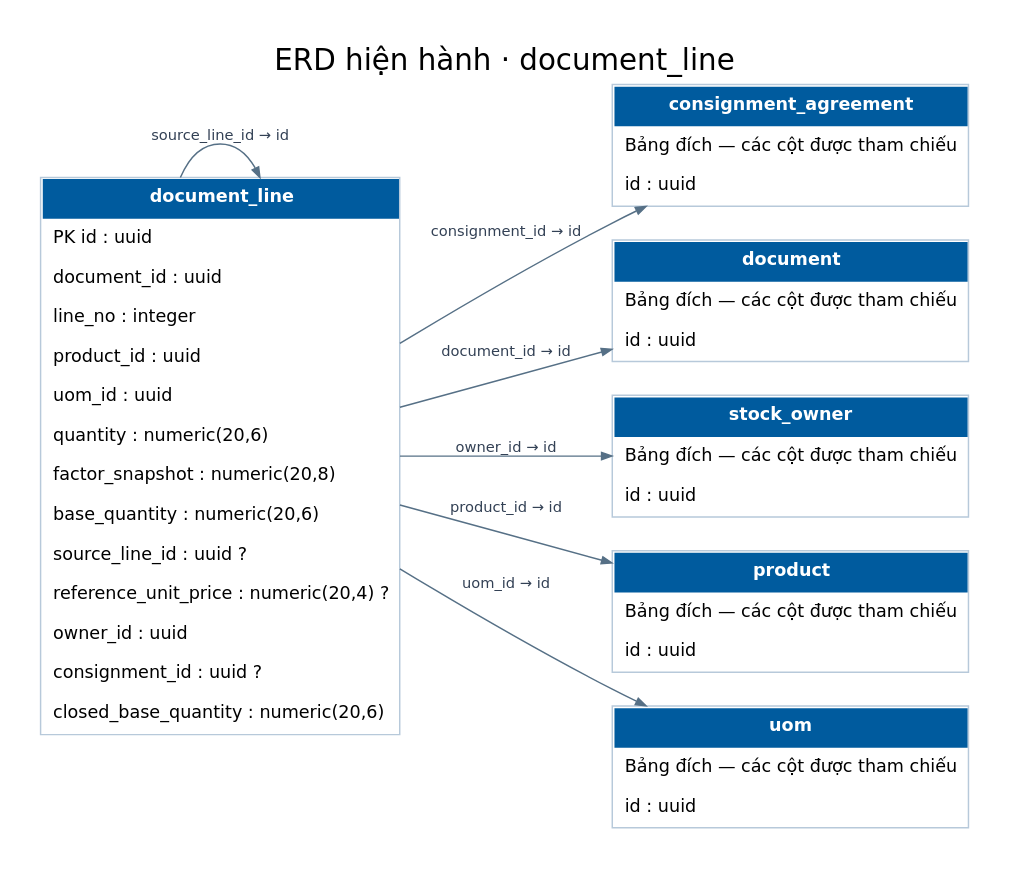
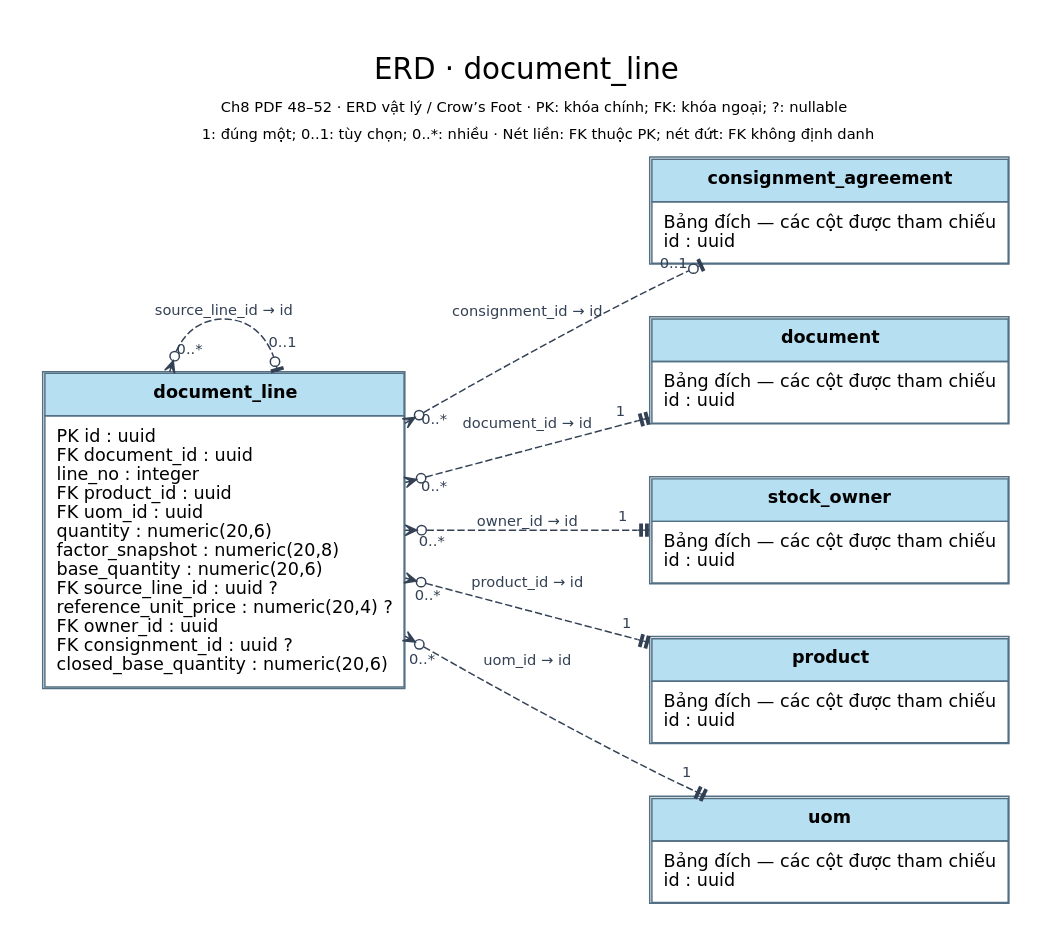
The diagram in 03_So_do/Hien_hanh/dot/ERD_document_line.dot (TEAM-DEV-FIVE/WMS_BA_2_0), drawn with Graphviz before and after one commit. The commit also changed 295 other files, not shown here.

Commit message:
docs: align current diagrams with BA notation and streamline READMEs

```diff
--- a/03_So_do/Hien_hanh/dot/ERD_document_line.dot
+++ b/03_So_do/Hien_hanh/dot/ERD_document_line.dot
@@ -1,18 +1,18 @@
 digraph WMS {
-graph [rankdir=LR, bgcolor="white", nodesep=.32, ranksep=.6, pad=.28];
+graph [rankdir=LR, bgcolor="white", nodesep=.5, ranksep=.9, pad=.3];
 node [shape=plain, fontname="DejaVu Sans", fontsize=12];
-edge [fontname="DejaVu Sans", fontsize=10, color="#567086", fontcolor="#334155", arrowsize=.7];
-label="ERD hiện hành · document_line"; labelloc=t; fontname="DejaVu Sans"; fontsize=20;
-"document_line" [label=<<TABLE BORDER="1" CELLBORDER="0" CELLSPACING="0" CELLPADDING="7" COLOR="#b7c9da"><TR><TD BGCOLOR="#005b9e"><FONT COLOR="white"><B>document_line</B></FONT></TD></TR><TR><TD ALIGN="LEFT">PK id : uuid</TD></TR><TR><TD ALIGN="LEFT">document_id : uuid</TD></TR><TR><TD ALIGN="LEFT">line_no : integer</TD></TR><TR><TD ALIGN="LEFT">product_id : uuid</TD></TR><TR><TD ALIGN="LEFT">uom_id : uuid</TD></TR><TR><TD ALIGN="LEFT">quantity : numeric(20,6)</TD></TR><TR><TD ALIGN="LEFT">factor_snapshot : numeric(20,8)</TD></TR><TR><TD ALIGN="LEFT">base_quantity : numeric(20,6)</TD></TR><TR><TD ALIGN="LEFT">source_line_id : uuid ?</TD></TR><TR><TD ALIGN="LEFT">reference_unit_price : numeric(20,4) ?</TD></TR><TR><TD ALIGN="LEFT">owner_id : uuid</TD></TR><TR><TD ALIGN="LEFT">consignment_id : uuid ?</TD></TR><TR><TD ALIGN="LEFT">closed_base_quantity : numeric(20,6)</TD></TR></TABLE>>];
-"consignment_agreement" [label=<<TABLE BORDER="1" CELLBORDER="0" CELLSPACING="0" CELLPADDING="7" COLOR="#b7c9da"><TR><TD BGCOLOR="#005b9e"><FONT COLOR="white"><B>consignment_agreement</B></FONT></TD></TR><TR><TD ALIGN="LEFT">Bảng đích — các cột được tham chiếu</TD></TR><TR><TD ALIGN="LEFT">id : uuid</TD></TR></TABLE>>];
-"document" [label=<<TABLE BORDER="1" CELLBORDER="0" CELLSPACING="0" CELLPADDING="7" COLOR="#b7c9da"><TR><TD BGCOLOR="#005b9e"><FONT COLOR="white"><B>document</B></FONT></TD></TR><TR><TD ALIGN="LEFT">Bảng đích — các cột được tham chiếu</TD></TR><TR><TD ALIGN="LEFT">id : uuid</TD></TR></TABLE>>];
-"stock_owner" [label=<<TABLE BORDER="1" CELLBORDER="0" CELLSPACING="0" CELLPADDING="7" COLOR="#b7c9da"><TR><TD BGCOLOR="#005b9e"><FONT COLOR="white"><B>stock_owner</B></FONT></TD></TR><TR><TD ALIGN="LEFT">Bảng đích — các cột được tham chiếu</TD></TR><TR><TD ALIGN="LEFT">id : uuid</TD></TR></TABLE>>];
-"product" [label=<<TABLE BORDER="1" CELLBORDER="0" CELLSPACING="0" CELLPADDING="7" COLOR="#b7c9da"><TR><TD BGCOLOR="#005b9e"><FONT COLOR="white"><B>product</B></FONT></TD></TR><TR><TD ALIGN="LEFT">Bảng đích — các cột được tham chiếu</TD></TR><TR><TD ALIGN="LEFT">id : uuid</TD></TR></TABLE>>];
-"uom" [label=<<TABLE BORDER="1" CELLBORDER="0" CELLSPACING="0" CELLPADDING="7" COLOR="#b7c9da"><TR><TD BGCOLOR="#005b9e"><FONT COLOR="white"><B>uom</B></FONT></TD></TR><TR><TD ALIGN="LEFT">Bảng đích — các cột được tham chiếu</TD></TR><TR><TD ALIGN="LEFT">id : uuid</TD></TR></TABLE>>];
-"document_line" -> "consignment_agreement" [label="consignment_id → id"];
-"document_line" -> "document" [label="document_id → id"];
-"document_line" -> "stock_owner" [label="owner_id → id"];
-"document_line" -> "product" [label="product_id → id"];
-"document_line" -> "document_line" [label="source_line_id → id"];
-"document_line" -> "uom" [label="uom_id → id"];
+edge [fontname="DejaVu Sans", fontsize=10, color="#334155", fontcolor="#334155", arrowsize=.8];
+label=<<TABLE BORDER="0" CELLBORDER="0" CELLPADDING="3"><TR><TD><FONT POINT-SIZE="20">ERD · document_line</FONT></TD></TR><TR><TD><FONT POINT-SIZE="10">Ch8 PDF 48–52 · ERD vật lý / Crow’s Foot · PK: khóa chính; FK: khóa ngoại; ?: nullable</FONT></TD></TR><TR><TD><FONT POINT-SIZE="10">1: đúng một; 0..1: tùy chọn; 0..*: nhiều · Nét liền: FK thuộc PK; nét đứt: FK không định danh</FONT></TD></TR></TABLE>>; labelloc=t; fontname="DejaVu Sans"; fontsize=16;
+"document_line" [label=<<TABLE BORDER="1" CELLBORDER="1" CELLSPACING="0" CELLPADDING="7" COLOR="#526f83"><TR><TD BGCOLOR="#b7dff2"><B>document_line</B></TD></TR><TR><TD ALIGN="LEFT" BALIGN="LEFT">PK id : uuid<BR ALIGN="LEFT"/>FK document_id : uuid<BR ALIGN="LEFT"/>line_no : integer<BR ALIGN="LEFT"/>FK product_id : uuid<BR ALIGN="LEFT"/>FK uom_id : uuid<BR ALIGN="LEFT"/>quantity : numeric(20,6)<BR ALIGN="LEFT"/>factor_snapshot : numeric(20,8)<BR ALIGN="LEFT"/>base_quantity : numeric(20,6)<BR ALIGN="LEFT"/>FK source_line_id : uuid ?<BR ALIGN="LEFT"/>reference_unit_price : numeric(20,4) ?<BR ALIGN="LEFT"/>FK owner_id : uuid<BR ALIGN="LEFT"/>FK consignment_id : uuid ?<BR ALIGN="LEFT"/>closed_base_quantity : numeric(20,6)</TD></TR></TABLE>>];
+"consignment_agreement" [label=<<TABLE BORDER="1" CELLBORDER="1" CELLSPACING="0" CELLPADDING="7" COLOR="#526f83"><TR><TD BGCOLOR="#b7dff2"><B>consignment_agreement</B></TD></TR><TR><TD ALIGN="LEFT" BALIGN="LEFT">Bảng đích — các cột được tham chiếu<BR ALIGN="LEFT"/>id : uuid</TD></TR></TABLE>>];
+"document" [label=<<TABLE BORDER="1" CELLBORDER="1" CELLSPACING="0" CELLPADDING="7" COLOR="#526f83"><TR><TD BGCOLOR="#b7dff2"><B>document</B></TD></TR><TR><TD ALIGN="LEFT" BALIGN="LEFT">Bảng đích — các cột được tham chiếu<BR ALIGN="LEFT"/>id : uuid</TD></TR></TABLE>>];
+"stock_owner" [label=<<TABLE BORDER="1" CELLBORDER="1" CELLSPACING="0" CELLPADDING="7" COLOR="#526f83"><TR><TD BGCOLOR="#b7dff2"><B>stock_owner</B></TD></TR><TR><TD ALIGN="LEFT" BALIGN="LEFT">Bảng đích — các cột được tham chiếu<BR ALIGN="LEFT"/>id : uuid</TD></TR></TABLE>>];
+"product" [label=<<TABLE BORDER="1" CELLBORDER="1" CELLSPACING="0" CELLPADDING="7" COLOR="#526f83"><TR><TD BGCOLOR="#b7dff2"><B>product</B></TD></TR><TR><TD ALIGN="LEFT" BALIGN="LEFT">Bảng đích — các cột được tham chiếu<BR ALIGN="LEFT"/>id : uuid</TD></TR></TABLE>>];
+"uom" [label=<<TABLE BORDER="1" CELLBORDER="1" CELLSPACING="0" CELLPADDING="7" COLOR="#526f83"><TR><TD BGCOLOR="#b7dff2"><B>uom</B></TD></TR><TR><TD ALIGN="LEFT" BALIGN="LEFT">Bảng đích — các cột được tham chiếu<BR ALIGN="LEFT"/>id : uuid</TD></TR></TABLE>>];
+"document_line" -> "consignment_agreement" [label="consignment_id → id", dir="both", arrowtail="crowodot", arrowhead="teeodot", taillabel="0..*", headlabel="0..1", labeldistance="2", style="dashed"];
+"document_line" -> "document" [label="document_id → id", dir="both", arrowtail="crowodot", arrowhead="teetee", taillabel="0..*", headlabel="1", labeldistance="2", style="dashed"];
+"document_line" -> "stock_owner" [label="owner_id → id", dir="both", arrowtail="crowodot", arrowhead="teetee", taillabel="0..*", headlabel="1", labeldistance="2", style="dashed"];
+"document_line" -> "product" [label="product_id → id", dir="both", arrowtail="crowodot", arrowhead="teetee", taillabel="0..*", headlabel="1", labeldistance="2", style="dashed"];
+"document_line" -> "document_line" [label="source_line_id → id", dir="both", arrowtail="crowodot", arrowhead="teeodot", taillabel="0..*", headlabel="0..1", labeldistance="2", style="dashed"];
+"document_line" -> "uom" [label="uom_id → id", dir="both", arrowtail="crowodot", arrowhead="teetee", taillabel="0..*", headlabel="1", labeldistance="2", style="dashed"];
 }
```
